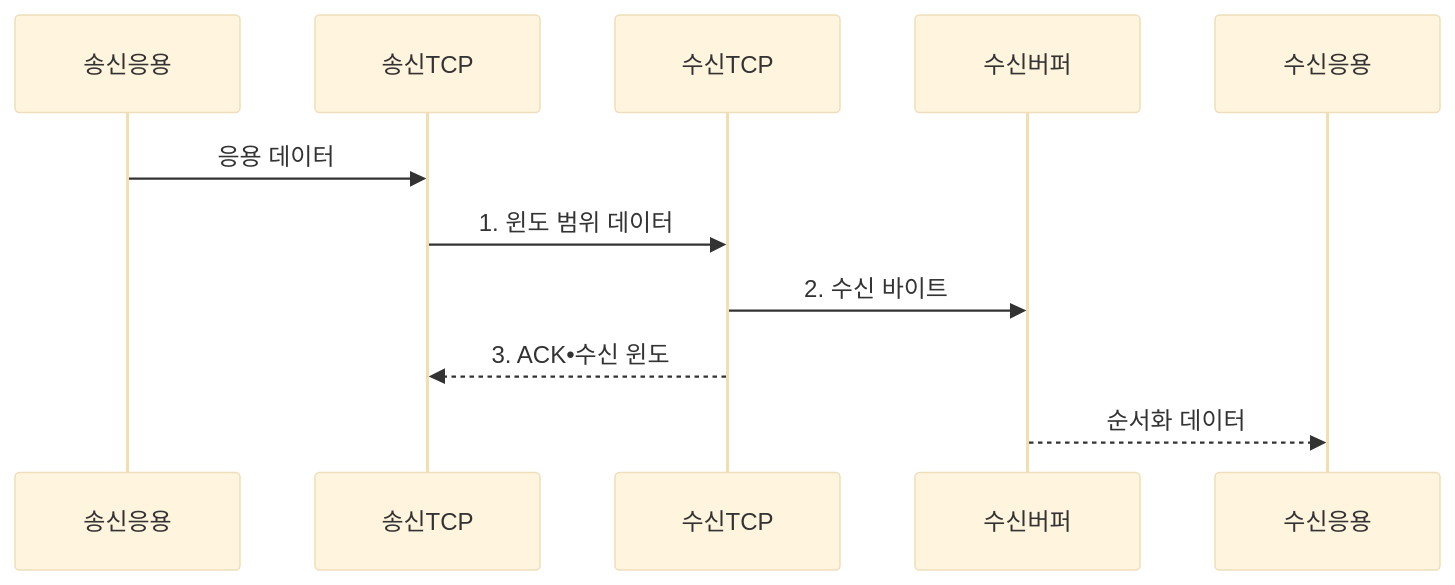
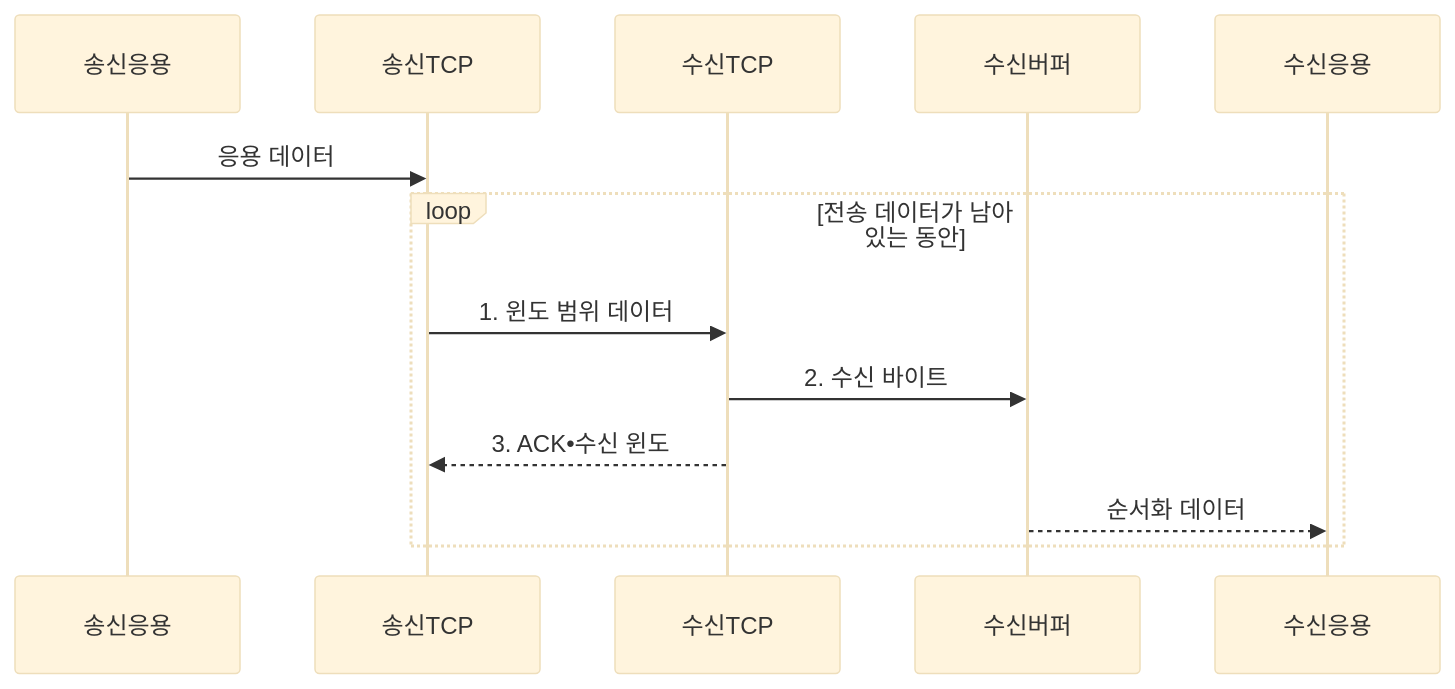
One commit to agnusdei1207/knowledge-base changed the second of 2 diagrams in src/content/docs/notes/04-network/024_tcp_flow_control.md. Above: the diagram before and after it, drawn with Mermaid (base theme). The commit also changed other lines of this file and 4 other files, not shown here.

````diff
--- a/src/content/docs/notes/04-network/024_tcp_flow_control.md
+++ b/src/content/docs/notes/04-network/024_tcp_flow_control.md
@@ -90,13 +90,15 @@
 ```mermaid
 sequenceDiagram
     participant 송신응용
     participant 송신TCP
     participant 수신TCP
     participant 수신버퍼
     participant 수신응용
     송신응용->>송신TCP: 응용 데이터
-    송신TCP->>수신TCP: 1. 윈도 범위 데이터
-    수신TCP->>수신버퍼: 2. 수신 바이트
-    수신TCP-->>송신TCP: 3. ACK•수신 윈도
-    수신버퍼-->>수신응용: 순서화 데이터
+    loop 전송 데이터가 남아 있는 동안
+        송신TCP->>수신TCP: 1. 윈도 범위 데이터
+        수신TCP->>수신버퍼: 2. 수신 바이트
+        수신TCP-->>송신TCP: 3. ACK•수신 윈도
+        수신버퍼-->>수신응용: 순서화 데이터
+    end
 ```
````
